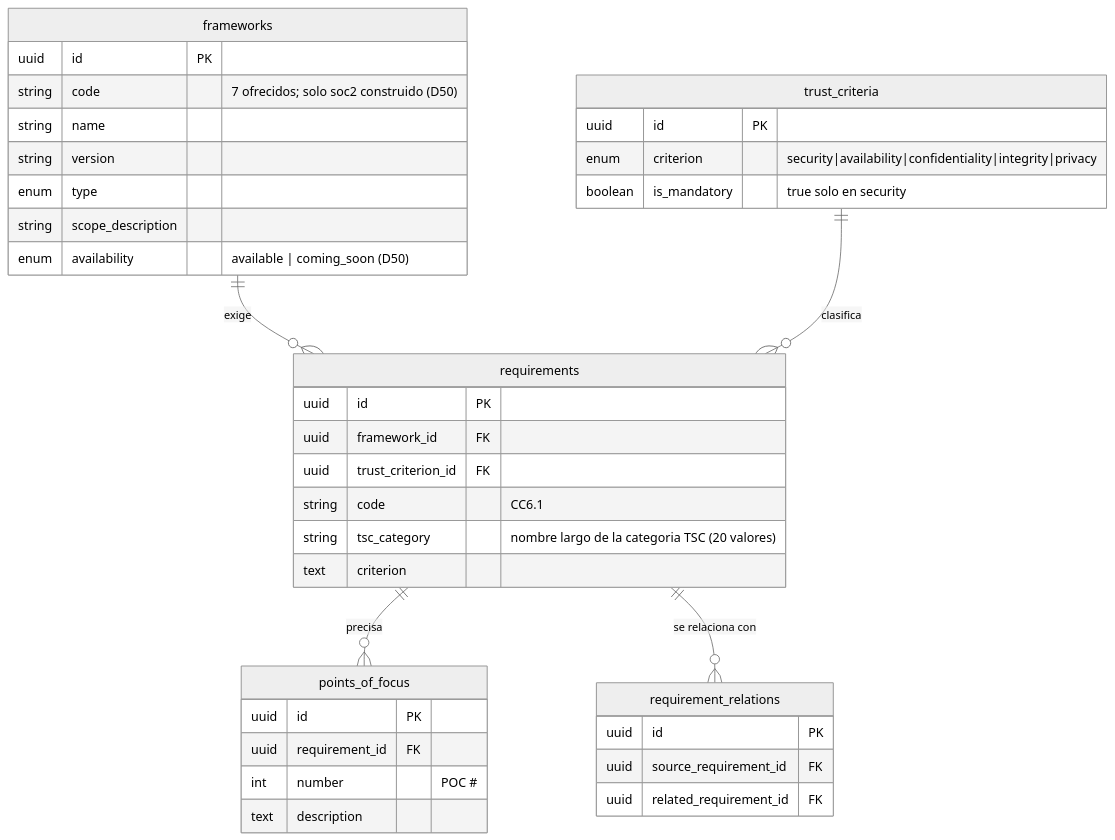
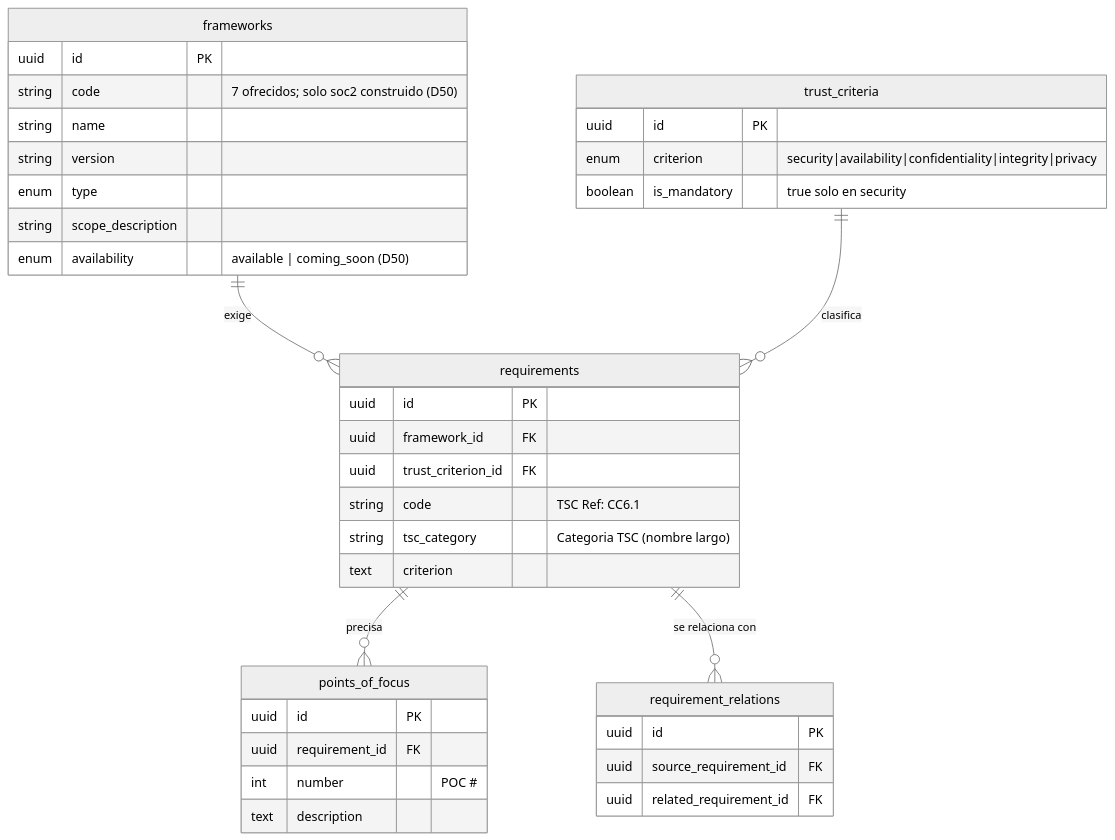
Before and after one commit to Monkey-GRC/Monkey-Brain-IA: the first of 5 diagrams in skills/product/monkey-compliance-council/references/datos/modelo/03-catalogo-maestro.md, drawn with Mermaid (neutral theme). The commit also changed other lines of this file and 100 other files, not shown here.

````diff
--- a/skills/product/monkey-compliance-council/references/datos/modelo/03-catalogo-maestro.md
+++ b/skills/product/monkey-compliance-council/references/datos/modelo/03-catalogo-maestro.md
@@ -17,40 +21,40 @@
 ```mermaid
 erDiagram
     frameworks {
         uuid id PK
         string code "7 ofrecidos; solo soc2 construido (D50)"
         string name
         string version
         enum type
         string scope_description
         enum availability "available | coming_soon (D50)"
     }
     requirements {
         uuid id PK
         uuid framework_id FK
         uuid trust_criterion_id FK
-        string code "CC6.1"
-        string tsc_category "nombre largo de la categoria TSC (20 valores)"
+        string code "TSC Ref: CC6.1"
+        string tsc_category "Categoria TSC (nombre largo)"
         text criterion
     }
     points_of_focus {
         uuid id PK
         uuid requirement_id FK
         int number "POC #"
         text description
     }
     requirement_relations {
         uuid id PK
         uuid source_requirement_id FK
         uuid related_requirement_id FK
     }
     trust_criteria {
         uuid id PK
         enum criterion "security|availability|confidentiality|integrity|privacy"
         boolean is_mandatory "true solo en security"
     }
     frameworks ||--o{ requirements : "exige"
     requirements ||--o{ points_of_focus : "precisa"
     requirements ||--o{ requirement_relations : "se relaciona con"
     trust_criteria ||--o{ requirements : "clasifica"
 ```
````
